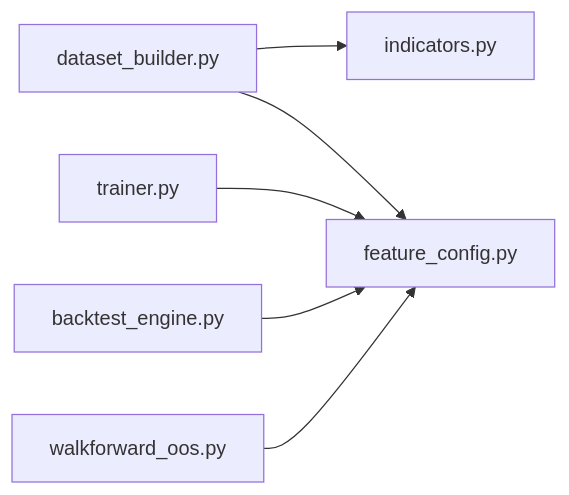
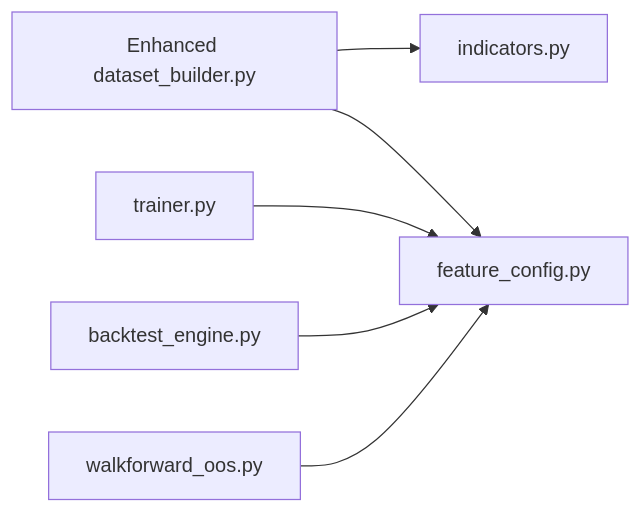
Before and after one commit to tauqeersiddiqui-art/tradingsystem: the fourth of 4 diagrams in .qoder/repowiki/en/content/Machine Learning Pipeline/Feature Engineering/Dataset Construction.md, drawn with Mermaid. The commit also changed other lines of this file and 71 other files, not shown here.

````diff
--- a/.qoder/repowiki/en/content/Machine Learning Pipeline/Feature Engineering/Dataset Construction.md
+++ b/.qoder/repowiki/en/content/Machine Learning Pipeline/Feature Engineering/Dataset Construction.md
@@ -261,8 +295,8 @@
 ```mermaid
 graph LR
-DB["dataset_builder.py"] --> IND["indicators.py"]
+DB["Enhanced dataset_builder.py"] --> IND["indicators.py"]
 DB --> FC["feature_config.py"]
 TR["trainer.py"] --> FC
 BT["backtest_engine.py"] --> FC
 WFO["walkforward_oos.py"] --> FC
 ```
````
